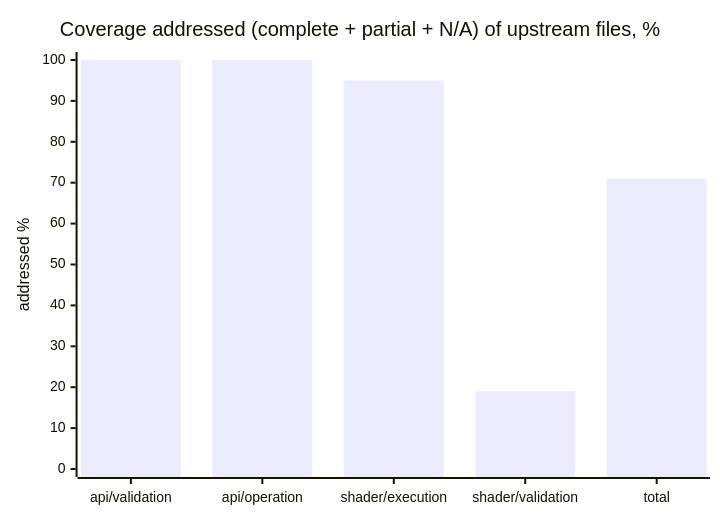
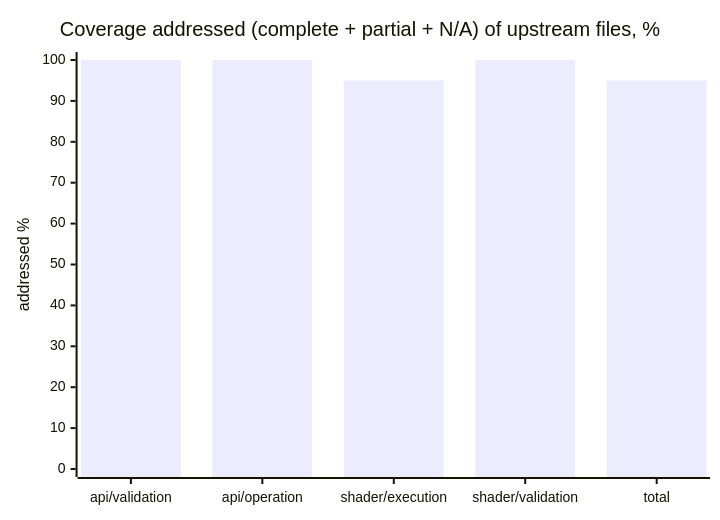
Before and after one commit to infosia/webgpu-native-cts: the second of 2 diagrams in README.md, drawn with Mermaid. The commit also changed other lines of this file and 1 other file, not shown here.

````diff
--- a/README.md
+++ b/README.md
@@ -118,7 +122,7 @@
 ```mermaid
 xychart-beta
     title "Coverage addressed (complete + partial + N/A) of upstream files, %"
     x-axis ["api/validation", "api/operation", "shader/execution", "shader/validation", "total"]
     y-axis "addressed %" 0 --> 100
-    bar [100, 100, 95, 19, 71]
+    bar [100, 100, 95, 100, 95]
 ```
````
